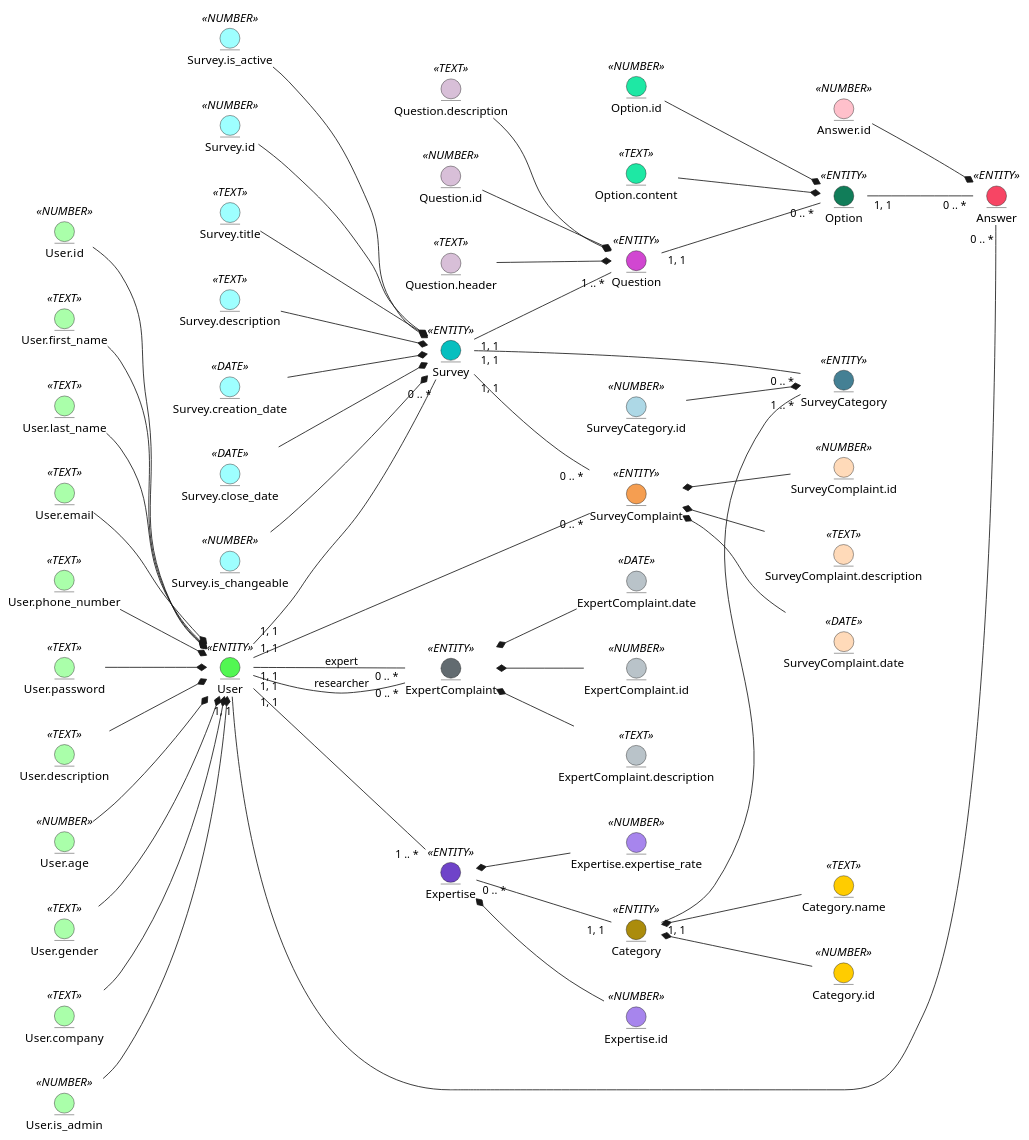
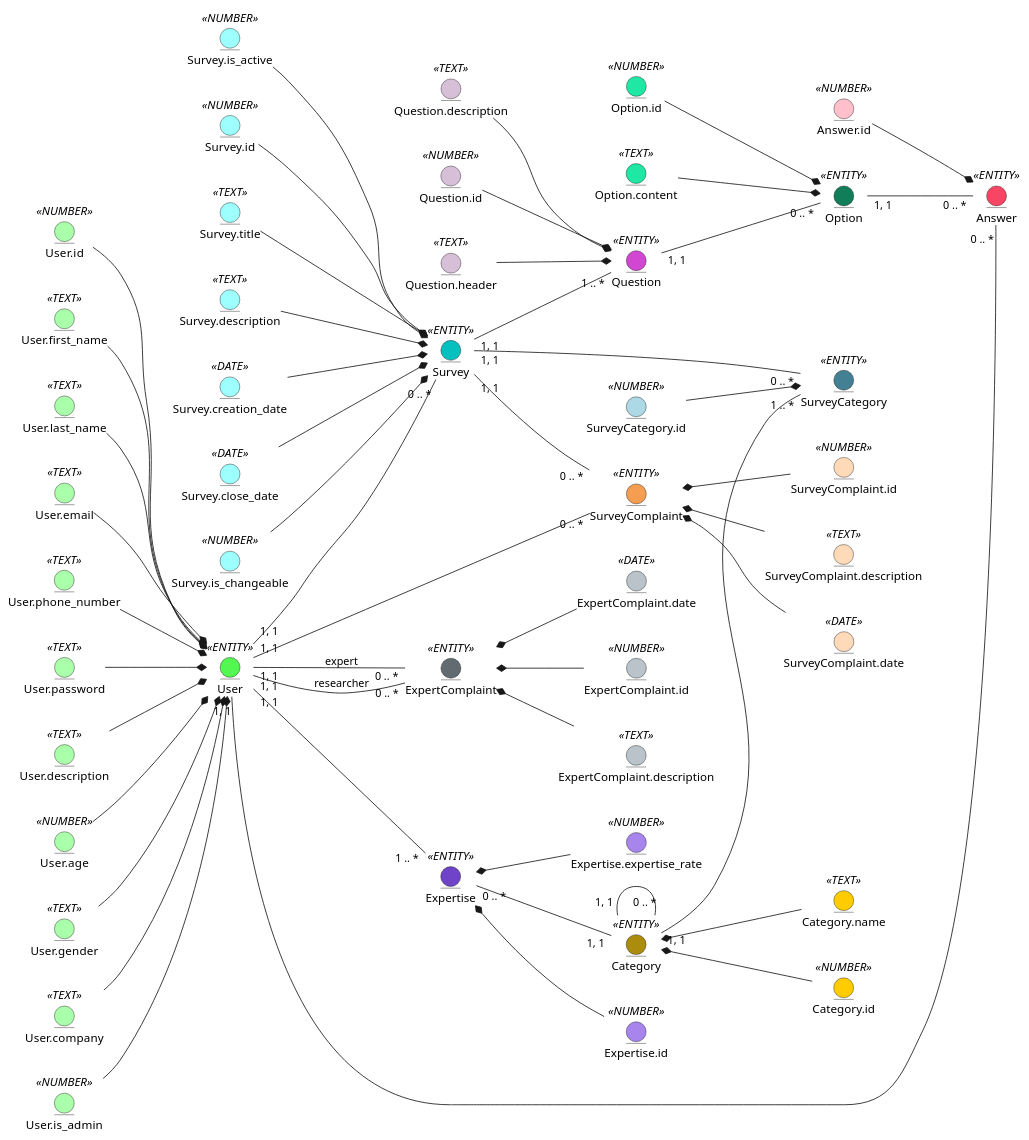
The first of 2 diagrams in docs/design.md (generalmaks/db_labs), drawn with PlantUML before and after one commit. The commit also changed other lines of this file, not shown here.

Commit message:
Update business object model and er model

````diff
--- a/docs/design.md
+++ b/docs/design.md
@@ -129,6 +129,7 @@
 ExpertComplaint "0 .. *" -u- "1, 1" User :researcher
 User "1, 1" -d- "1 .. *" Expertise
 Expertise "0 .. *" -- "1, 1" Category
+Category "1, 1" -- "0 .. *" Category
 
 @enduml
 ```
````
